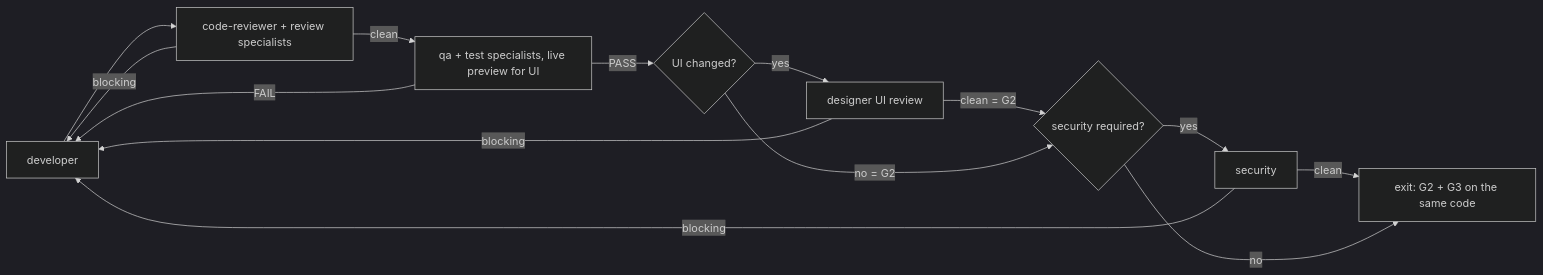
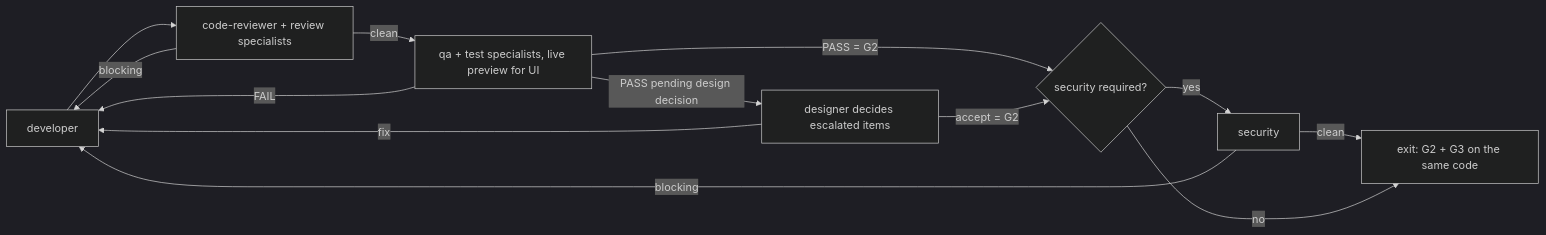
Before and after one commit to Tuan-Quyen/technical-teams: the third of 3 diagrams in agents/lead.md, drawn with Mermaid (dark theme). The commit also changed other lines of this file and 20 other files, not shown here.

````diff
--- a/agents/lead.md
+++ b/agents/lead.md
@@ -146,16 +146,15 @@
 ```mermaid
 flowchart LR
   D[developer] --> CR[code-reviewer + review specialists]
   CR -- blocking --> D
   CR -- clean --> Q[qa + test specialists, live preview for UI]
   Q -- FAIL --> D
-  Q -- PASS --> UR{UI changed?}
-  UR -- yes --> DR[designer UI review]
-  DR -- blocking --> D
-  DR -- clean = G2 --> S
-  UR -- no = G2 --> S{security required?}
+  Q -- PASS = G2 --> S{security required?}
+  Q -- PASS pending design decision --> DR[designer decides escalated items]
+  DR -- fix --> D
+  DR -- accept = G2 --> S
   S -- yes --> SEC[security]
   SEC -- blocking --> D
   SEC -- clean --> X[exit: G2 + G3 on the same code]
   S -- no --> X
 ```
````
